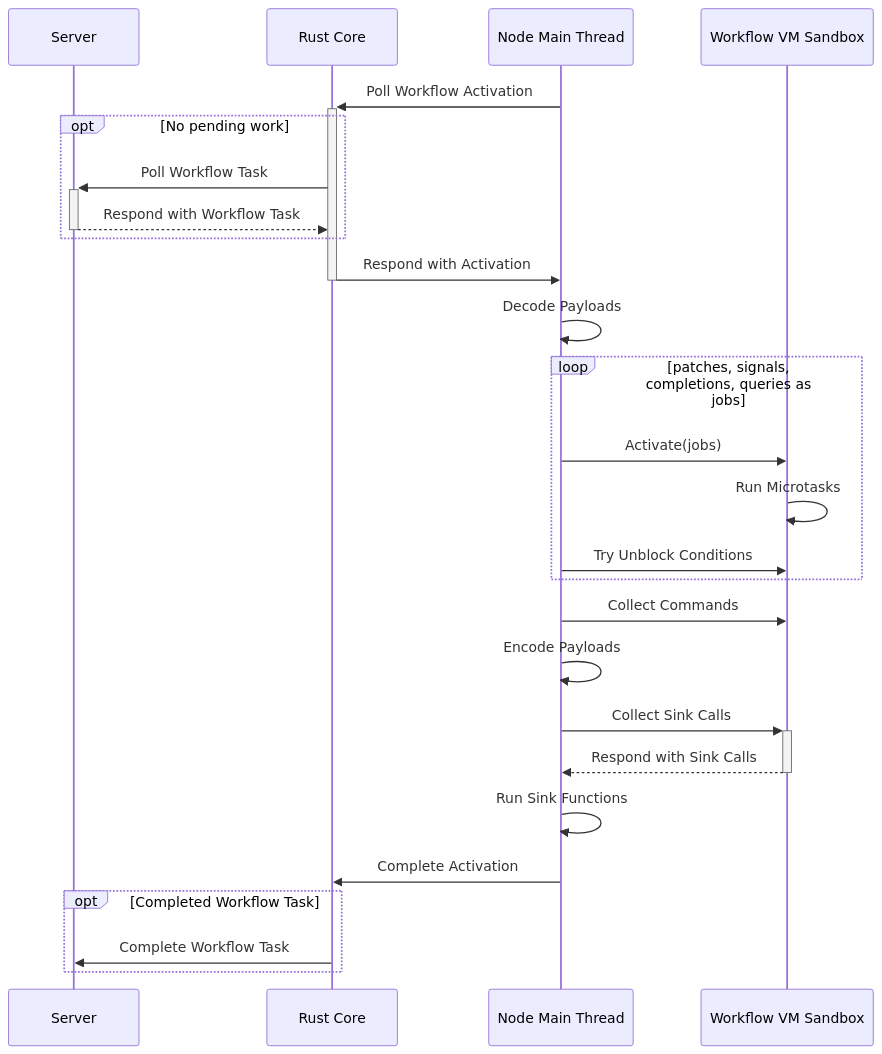
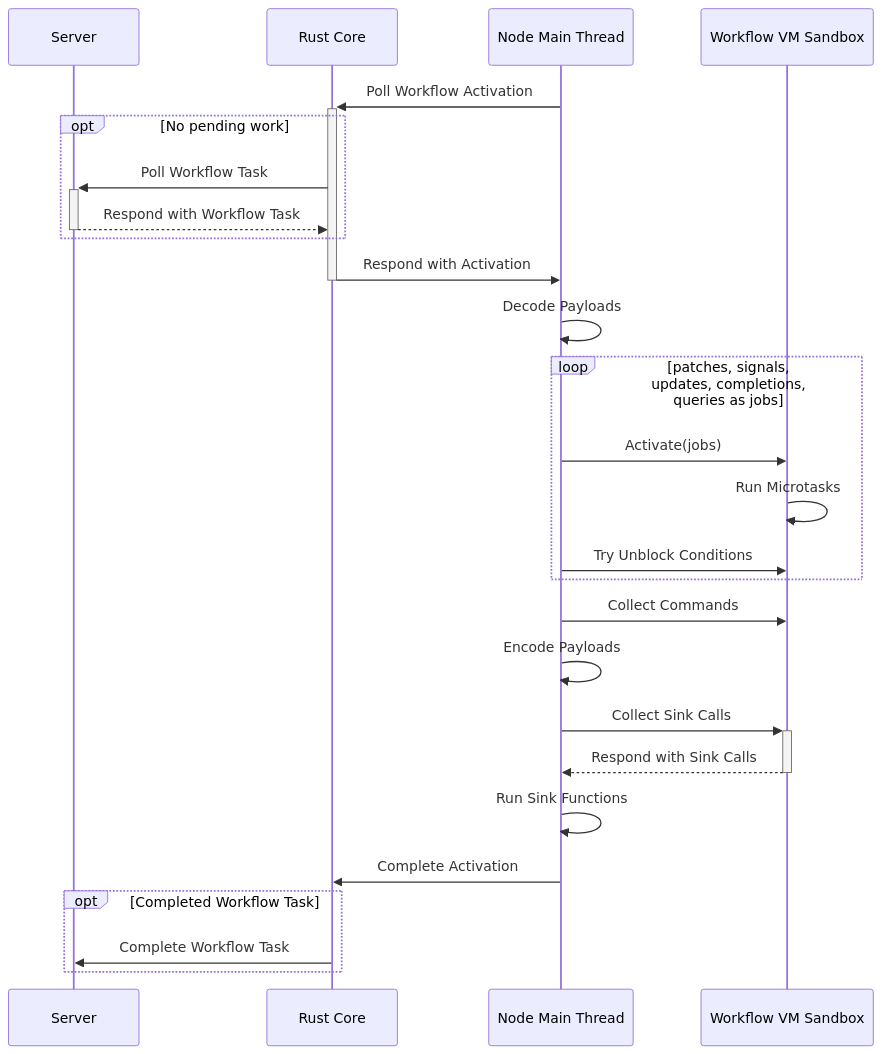
One commit to temporalio/sdk-typescript changed the diagram in docs/activation-in-debug-mode.mermaid. Above: the diagram before and after it, drawn with Mermaid. The commit also changed 1 other file, not shown here.

Commit message:
Update documentation diagrams

```diff
--- a/docs/activation-in-debug-mode.mermaid
+++ b/docs/activation-in-debug-mode.mermaid
@@ -1,28 +1,28 @@
 %% Activation diagram for Worker with `debugMode` option on
 sequenceDiagram
     participant Server
     participant Core as Rust Core
     participant MT as Node Main Thread
     participant VM as Workflow VM Sandbox
 
     MT->>+Core: Poll Workflow Activation
     opt No pending work
         Core->>+Server: Poll Workflow Task
         Server-->>-Core: Respond with Workflow Task
     end
     Core->>-MT: Respond with Activation
     MT->>MT: Decode Payloads
-    loop patches, signals, completions, queries as jobs
+    loop patches, signals, updates, completions, queries as jobs
         MT->>VM: Activate(jobs)
         VM->>VM: Run Microtasks
         MT->>VM: Try Unblock Conditions
     end
     MT->>VM: Collect Commands
     MT->>MT: Encode Payloads
     MT->>+VM: Collect Sink Calls
     VM-->>-MT: Respond with Sink Calls
     MT->>MT: Run Sink Functions
     MT->>Core: Complete Activation
     opt Completed Workflow Task   
         Core->>Server: Complete Workflow Task
     end
```
